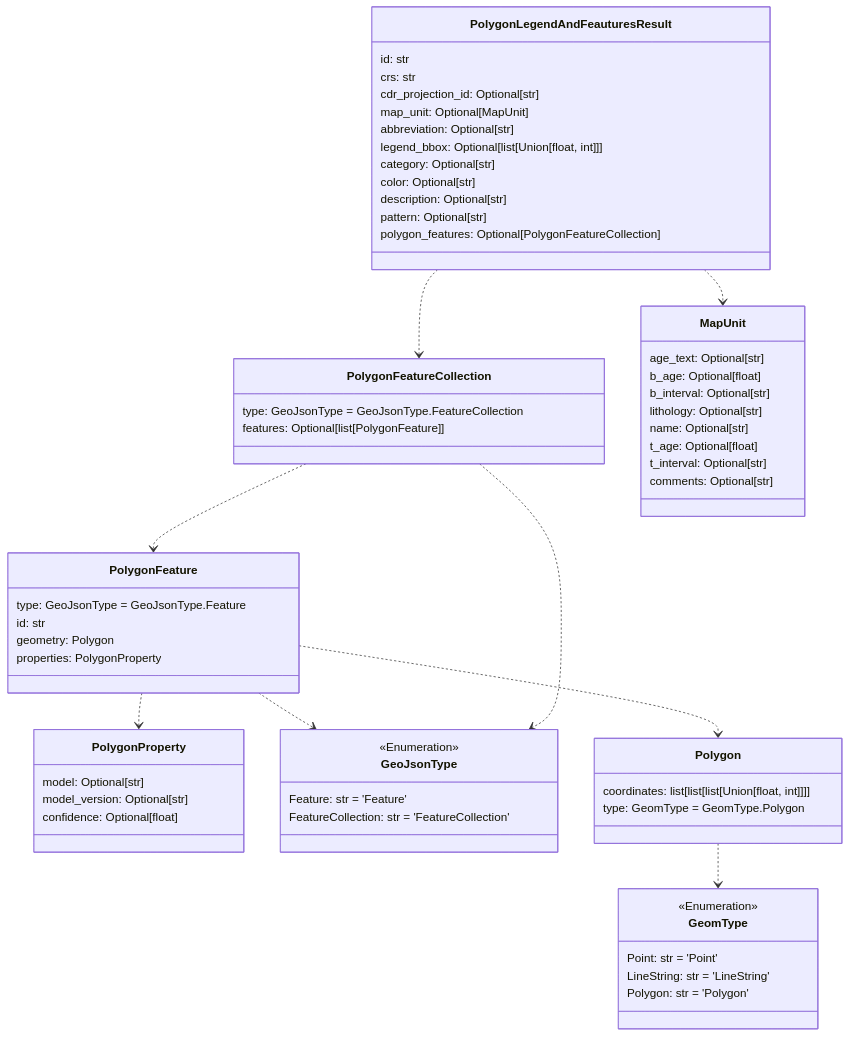
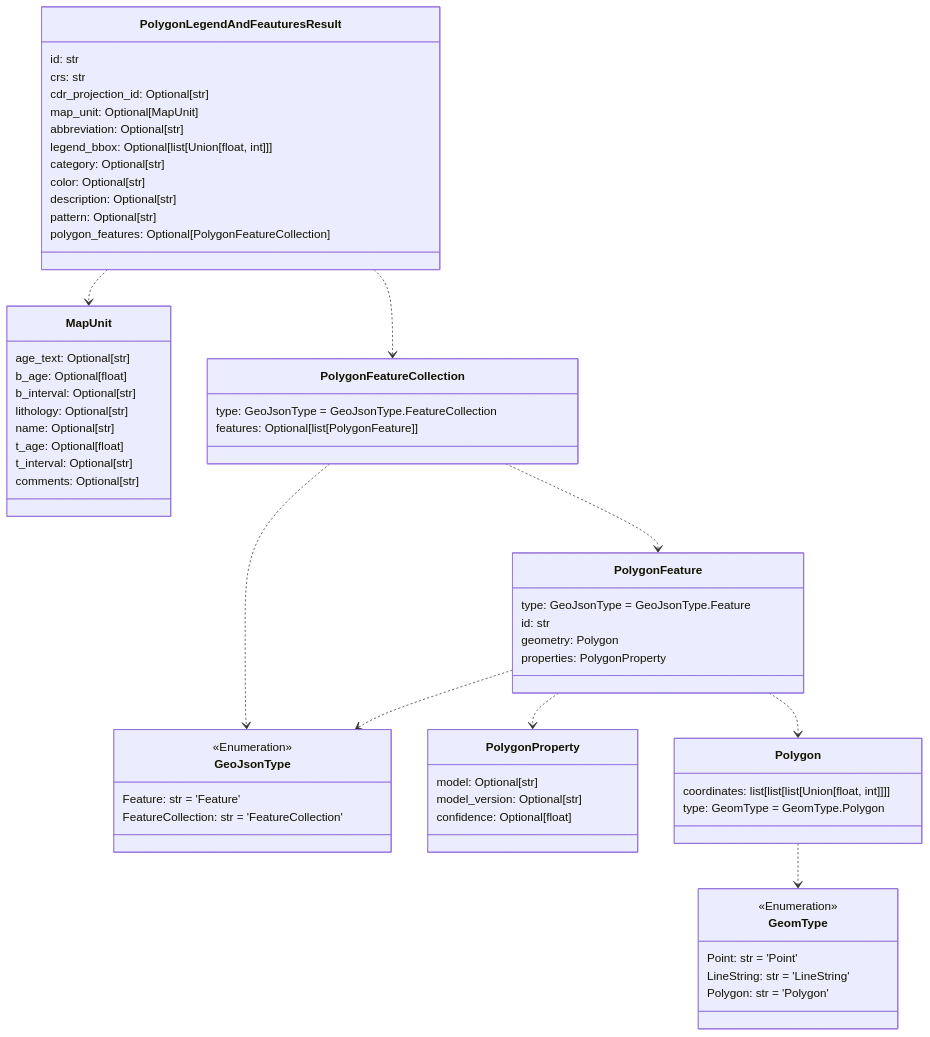
Before and after one commit to DARPA-CRITICALMAAS/cdr_schemas: the sixth of 11 diagrams in README.md, drawn with Mermaid. The commit also changed other lines of this file and 1 other file, not shown here.

````diff
--- a/README.md
+++ b/README.md
@@ -425,75 +425,75 @@
 ```mermaid
 classDiagram
 
-    class PolygonProperty {
-        model: Optional[str]
-        model_version: Optional[str]
-        confidence: Optional[float]
+    class GeoJsonType {
+        <<Enumeration>>
+        Feature: str = 'Feature'
+        FeatureCollection: str = 'FeatureCollection'
+    }
+
+    class MapUnit {
+        age_text: Optional[str]
+        b_age: Optional[float]
+        b_interval: Optional[str]
+        lithology: Optional[str]
+        name: Optional[str]
+        t_age: Optional[float]
+        t_interval: Optional[str]
+        comments: Optional[str]
     }
 
     class PolygonLegendAndFeauturesResult {
         id: str
         crs: str
         cdr_projection_id: Optional[str]
         map_unit: Optional[MapUnit]
         abbreviation: Optional[str]
         legend_bbox: Optional[list[Union[float, int]]]
         category: Optional[str]
         color: Optional[str]
         description: Optional[str]
         pattern: Optional[str]
         polygon_features: Optional[PolygonFeatureCollection]
     }
 
     class PolygonFeatureCollection {
         type: GeoJsonType = GeoJsonType.FeatureCollection
         features: Optional[list[PolygonFeature]]
     }
 
     class PolygonFeature {
         type: GeoJsonType = GeoJsonType.Feature
         id: str
         geometry: Polygon
         properties: PolygonProperty
     }
 
-    class MapUnit {
-        age_text: Optional[str]
-        b_age: Optional[float]
-        b_interval: Optional[str]
-        lithology: Optional[str]
-        name: Optional[str]
-        t_age: Optional[float]
-        t_interval: Optional[str]
-        comments: Optional[str]
+    class GeomType {
+        <<Enumeration>>
+        Point: str = 'Point'
+        LineString: str = 'LineString'
+        Polygon: str = 'Polygon'
     }
 
-    class GeoJsonType {
-        <<Enumeration>>
-        Feature: str = 'Feature'
-        FeatureCollection: str = 'FeatureCollection'
+    class PolygonProperty {
+        model: Optional[str]
+        model_version: Optional[str]
+        confidence: Optional[float]
     }
 
     class Polygon {
         coordinates: list[list[list[Union[float, int]]]]
         type: GeomType = GeomType.Polygon
     }
 
-    class GeomType {
-        <<Enumeration>>
-        Point: str = 'Point'
-        LineString: str = 'LineString'
-        Polygon: str = 'Polygon'
-    }
-
     Polygon ..> GeomType
+    PolygonFeature ..> GeoJsonType
     PolygonFeature ..> PolygonProperty
-    PolygonFeature ..> GeoJsonType
     PolygonFeature ..> Polygon
     PolygonFeatureCollection ..> GeoJsonType
     PolygonFeatureCollection ..> PolygonFeature
+    PolygonLegendAndFeauturesResult ..> MapUnit
     PolygonLegendAndFeauturesResult ..> PolygonFeatureCollection
-    PolygonLegendAndFeauturesResult ..> MapUnit
 
 
 ```
````
